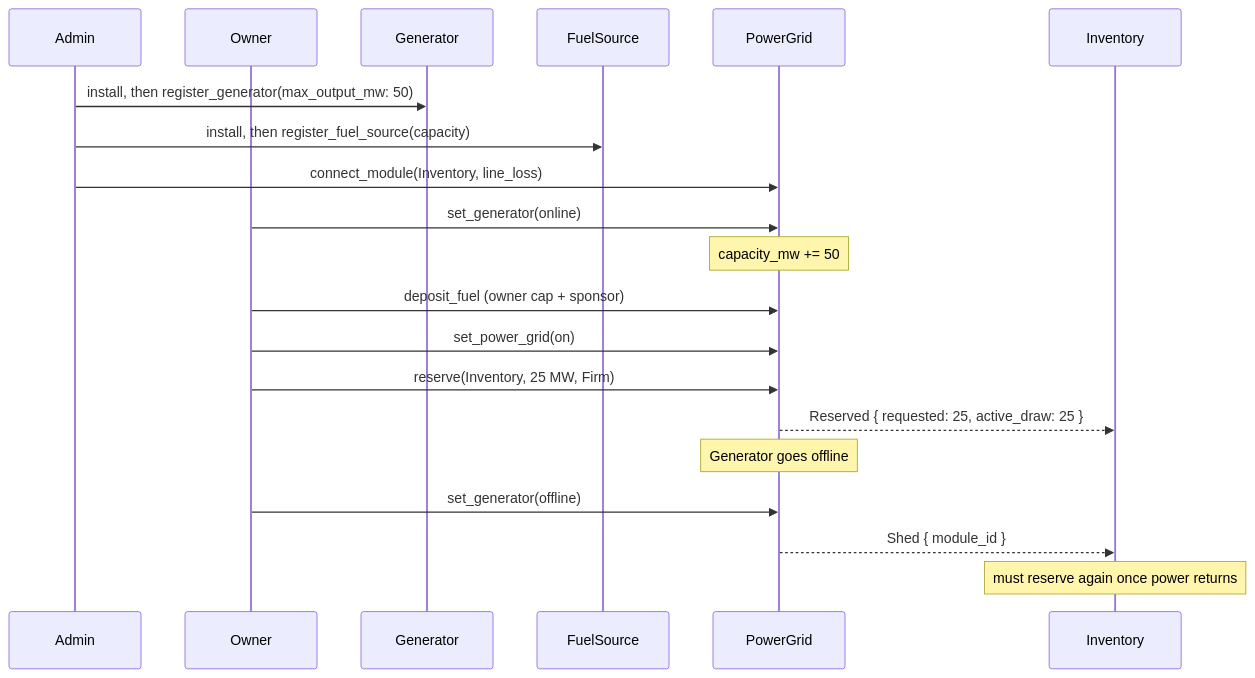
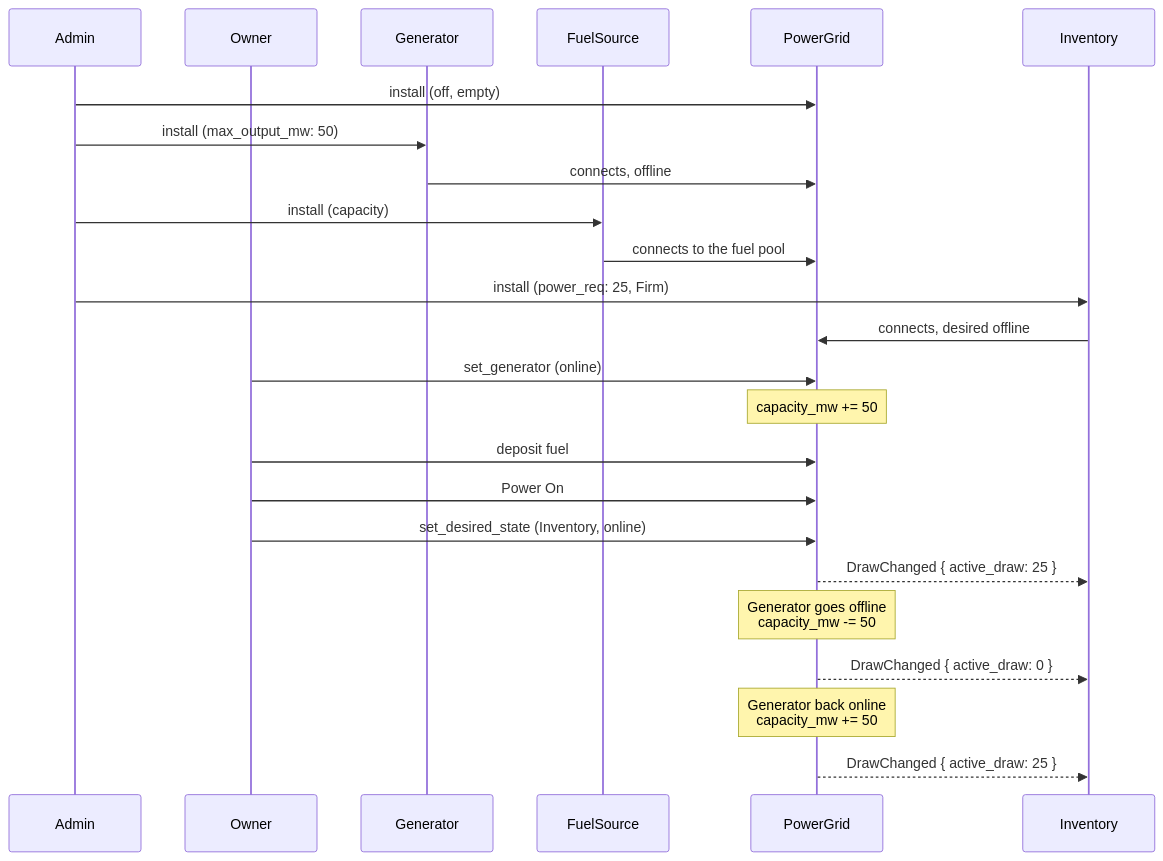
The second of 2 diagrams in docs/adr/0005-onchain-power-network.md (evefrontier/world-contracts), drawn with Mermaid before and after one commit. The commit also changed other lines of this file and 35 other files, not shown here.

Commit message:
refactor(power): grant draws from desired state instead of reservations

````diff
--- a/docs/adr/0005-onchain-power-network.md
+++ b/docs/adr/0005-onchain-power-network.md
@@ -110,24 +69,29 @@
 ```mermaid
 sequenceDiagram
     participant Admin
     participant Owner
     participant Generator
     participant FuelSource
     participant PowerGrid
     participant Inventory
 
-    Admin->>Generator: install, then register_generator(max_output_mw: 50)
-    Admin->>FuelSource: install, then register_fuel_source(capacity)
-    Admin->>PowerGrid: connect_module(Inventory, line_loss)
-    Owner->>PowerGrid: set_generator(online)
+    Admin->>PowerGrid: install (off, empty)
+    Admin->>Generator: install (max_output_mw: 50)
+    Generator->>PowerGrid: connects, offline
+    Admin->>FuelSource: install (capacity)
+    FuelSource->>PowerGrid: connects to the fuel pool
+    Admin->>Inventory: install (power_req: 25, Firm)
+    Inventory->>PowerGrid: connects, desired offline
+    Owner->>PowerGrid: set_generator (online)
     Note over PowerGrid: capacity_mw += 50
-    Owner->>PowerGrid: deposit_fuel (owner cap + sponsor)
-    Owner->>PowerGrid: set_power_grid(on)
-    Owner->>PowerGrid: reserve(Inventory, 25 MW, Firm)
-    PowerGrid-->>Inventory: Reserved { requested: 25, active_draw: 25 }
+    Owner->>PowerGrid: deposit fuel
+    Owner->>PowerGrid: Power On
+    Owner->>PowerGrid: set_desired_state (Inventory, online)
+    PowerGrid-->>Inventory: DrawChanged { active_draw: 25 }
 
-    Note over PowerGrid: Generator goes offline
-    Owner->>PowerGrid: set_generator(offline)
-    PowerGrid-->>Inventory: Shed { module_id }
-    Note over Inventory: must reserve again once power returns
+    Note over PowerGrid: Generator goes offline<br/>capacity_mw -= 50
+    PowerGrid-->>Inventory: DrawChanged { active_draw: 0 }
+
+    Note over PowerGrid: Generator back online<br/>capacity_mw += 50
+    PowerGrid-->>Inventory: DrawChanged { active_draw: 25 }
 ```
````
